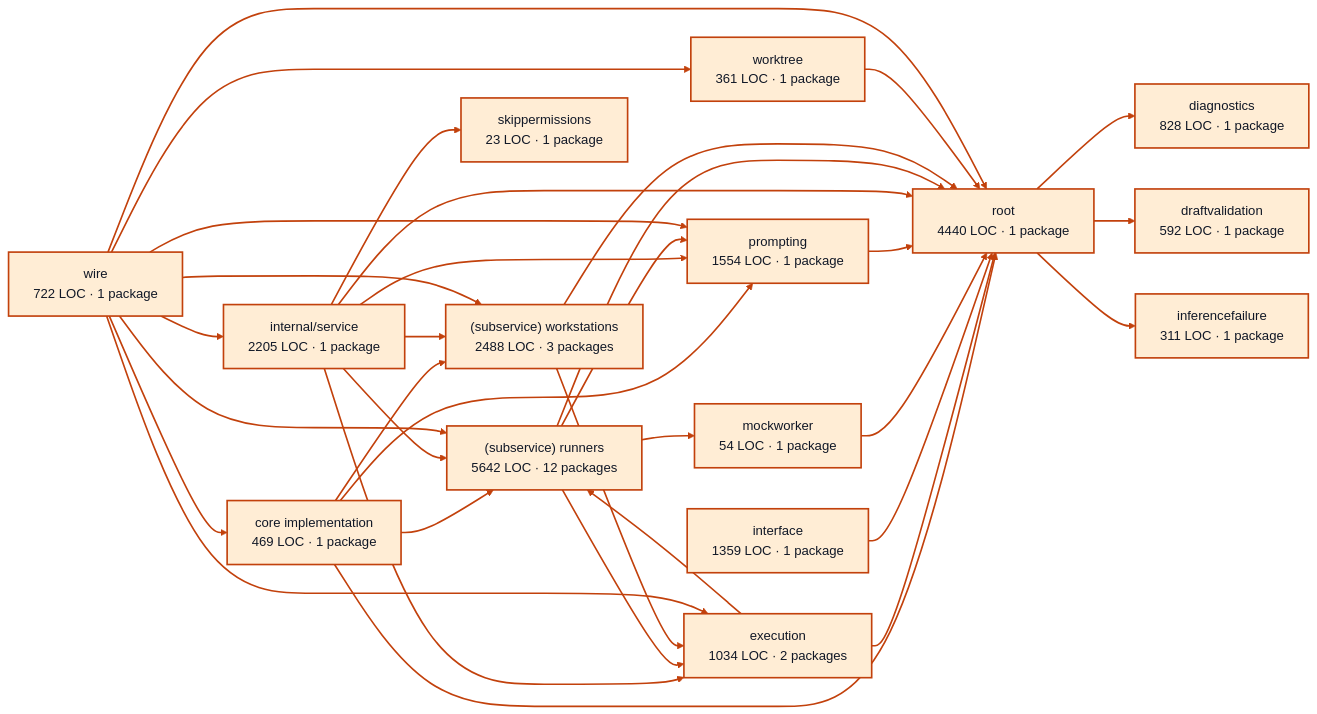
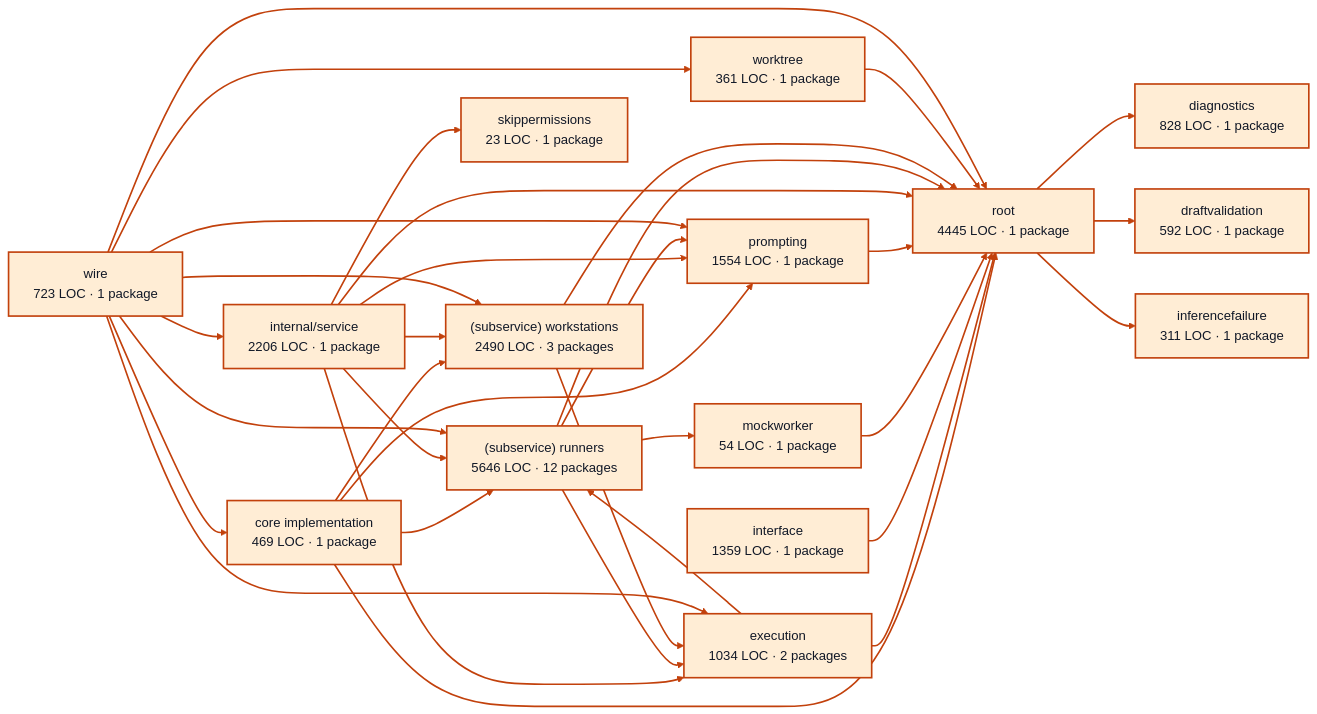
Before and after one commit to portpowered/you-agent-factory: the diagram in docs/architecture/visualizations/services/workers.md, drawn with Mermaid. The commit also changed other lines of this file and 20 other files, not shown here.

Commit message:
docs: refresh backend architecture visualizations

````diff
--- a/docs/architecture/visualizations/services/workers.md
+++ b/docs/architecture/visualizations/services/workers.md
@@ -11,67 +11,67 @@
 ```mermaid
 flowchart LR
   p0["core implementation<br/>469 LOC · 1 package"]
   p1["diagnostics<br/>828 LOC · 1 package"]
   p2["draftvalidation<br/>592 LOC · 1 package"]
   p3["execution<br/>1034 LOC · 2 packages"]
   p4["inferencefailure<br/>311 LOC · 1 package"]
   p5["interface<br/>1359 LOC · 1 package"]
   p6["mockworker<br/>54 LOC · 1 package"]
   p7["prompting<br/>1554 LOC · 1 package"]
-  p8["internal/service<br/>2205 LOC · 1 package"]
-  p9["(subservice) runners<br/>5642 LOC · 12 packages"]
-  p10["(subservice) workstations<br/>2488 LOC · 3 packages"]
+  p8["internal/service<br/>2206 LOC · 1 package"]
+  p9["(subservice) runners<br/>5646 LOC · 12 packages"]
+  p10["(subservice) workstations<br/>2490 LOC · 3 packages"]
   p11["skippermissions<br/>23 LOC · 1 package"]
   p12["worktree<br/>361 LOC · 1 package"]
-  p13["root<br/>4440 LOC · 1 package"]
-  p14["wire<br/>722 LOC · 1 package"]
+  p13["root<br/>4445 LOC · 1 package"]
+  p14["wire<br/>723 LOC · 1 package"]
   p0 --> p7
   p0 --> p9
   p0 --> p10
   p0 --> p13
   p3 --> p9
   p3 --> p13
   p5 --> p13
   p6 --> p13
   p7 --> p13
   p8 --> p3
   p8 --> p7
   p8 --> p9
   p8 --> p10
   p8 --> p11
   p8 --> p13
   p9 --> p3
   p9 --> p6
   p9 --> p7
   p9 --> p13
   p10 --> p3
   p10 --> p13
   p12 --> p13
   p13 --> p1
   p13 --> p2
   p13 --> p4
   p14 --> p0
   p14 --> p3
   p14 --> p7
   p14 --> p8
   p14 --> p9
   p14 --> p10
   p14 --> p12
   p14 --> p13
   style p0 fill:#ffedd5,stroke:#c2410c,stroke-width:2px,color:#111827
   style p1 fill:#ffedd5,stroke:#c2410c,stroke-width:2px,color:#111827
   style p2 fill:#ffedd5,stroke:#c2410c,stroke-width:2px,color:#111827
   style p3 fill:#ffedd5,stroke:#c2410c,stroke-width:2px,color:#111827
   style p4 fill:#ffedd5,stroke:#c2410c,stroke-width:2px,color:#111827
   style p5 fill:#ffedd5,stroke:#c2410c,stroke-width:2px,color:#111827
   style p6 fill:#ffedd5,stroke:#c2410c,stroke-width:2px,color:#111827
   style p7 fill:#ffedd5,stroke:#c2410c,stroke-width:2px,color:#111827
   style p8 fill:#ffedd5,stroke:#c2410c,stroke-width:2px,color:#111827
   style p9 fill:#ffedd5,stroke:#c2410c,stroke-width:2px,color:#111827
   style p10 fill:#ffedd5,stroke:#c2410c,stroke-width:2px,color:#111827
   style p11 fill:#ffedd5,stroke:#c2410c,stroke-width:2px,color:#111827
   style p12 fill:#ffedd5,stroke:#c2410c,stroke-width:2px,color:#111827
   style p13 fill:#ffedd5,stroke:#c2410c,stroke-width:2px,color:#111827
   style p14 fill:#ffedd5,stroke:#c2410c,stroke-width:2px,color:#111827
   linkStyle default stroke:#c2410c,stroke-width:2px
 ```
````
